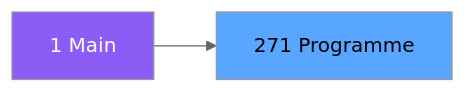
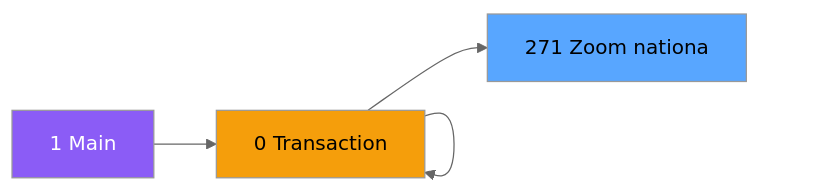
Before and after one commit to thonyAGP/magic-migration: the second of 3 diagrams in .openspec/specs/ADH-IDE-271.md, drawn with Mermaid (neutral theme). The commit also changed other lines of this file and 323 other files, not shown here.

````diff
--- a/.openspec/specs/ADH-IDE-271.md
+++ b/.openspec/specs/ADH-IDE-271.md
@@ -98,8 +113,17 @@
 ```mermaid
 graph LR
     M[1 Main]
-    T[271 Programme]
-    M --> T
+    N0[0 Transaction ]
+    N0[0 Transaction ]
+    N0[0 Transaction ]
+    T[271 Zoom nationa]
+    M --> N0
+    N0 --> N0
+    N0 --> N0
+    N0 --> T
     style M fill:#8b5cf6,color:#fff
+    style N0 fill:#f59e0b
+    style N0 fill:#f59e0b
+    style N0 fill:#f59e0b
     style T fill:#58a6ff,color:#000
 ```
````
